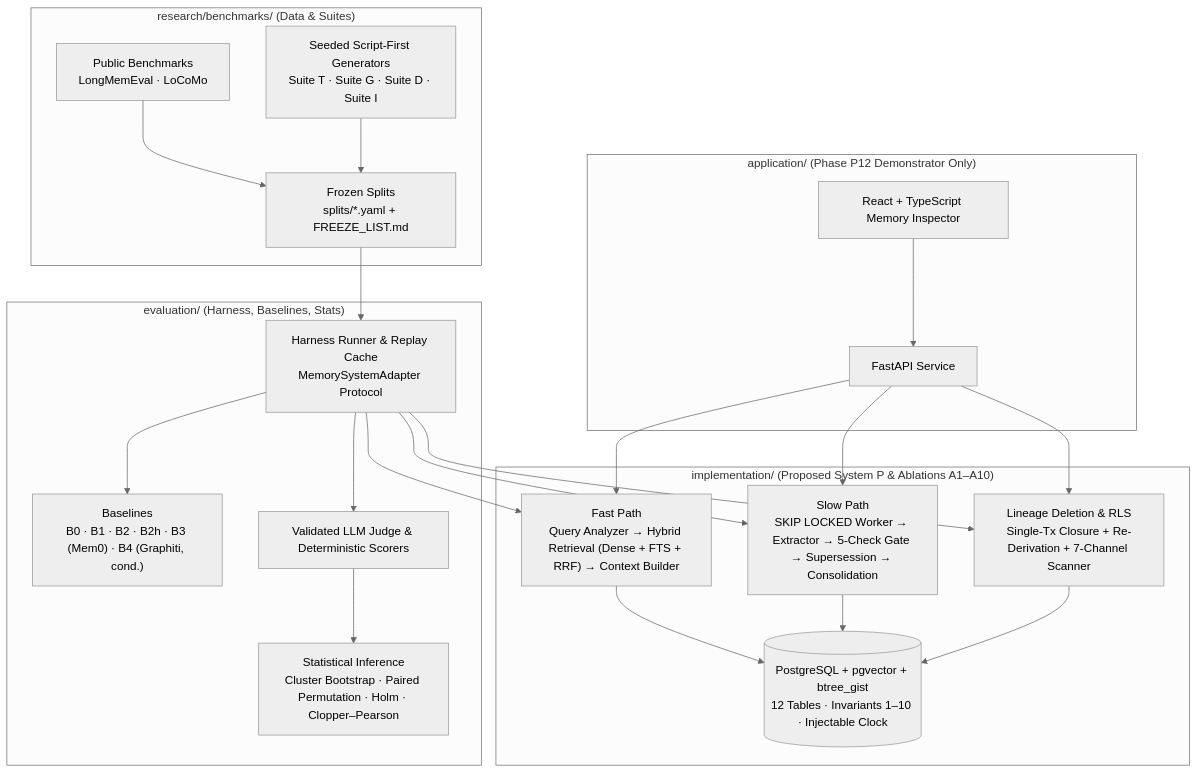
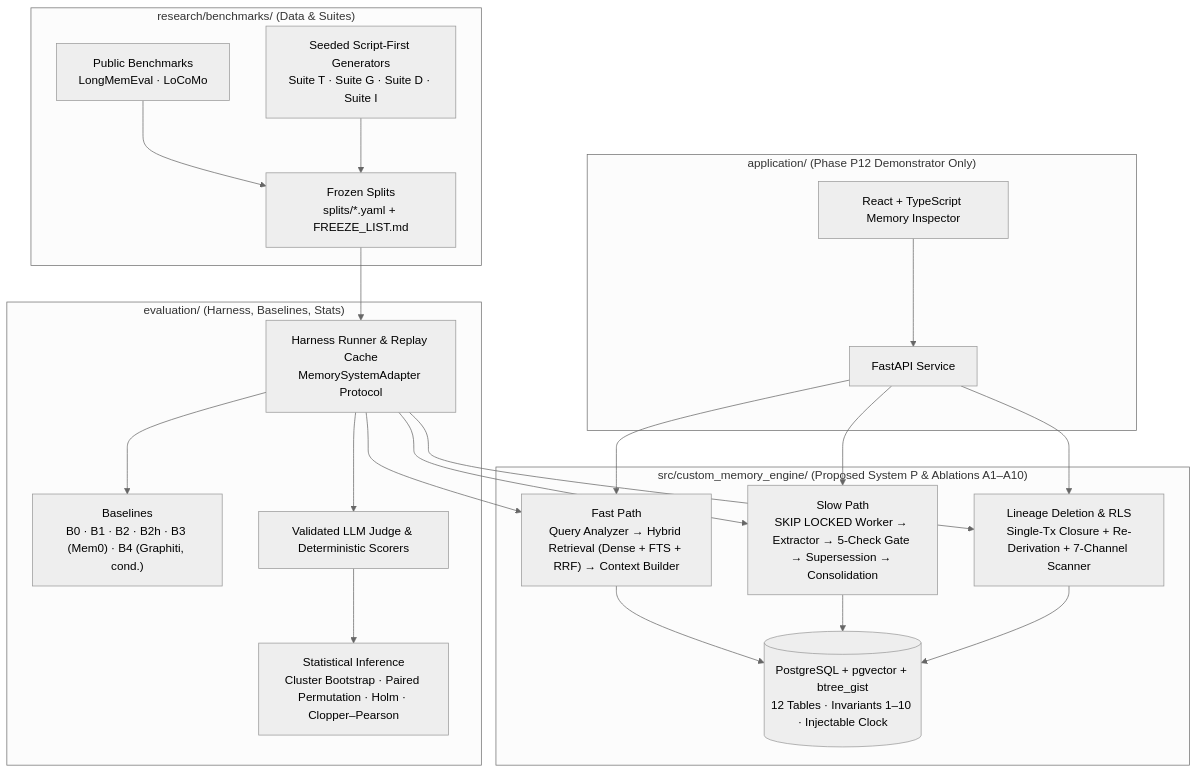
The diagram in custom-memory-engine/PLAN/ARCHITECTURE.md (eMinders/ChronaMind), drawn with Mermaid (neutral theme) before and after one commit. The commit also changed other lines of this file and 108 other files, not shown here.

````diff
--- a/custom-memory-engine/PLAN/ARCHITECTURE.md
+++ b/custom-memory-engine/PLAN/ARCHITECTURE.md
@@ -15,44 +15,44 @@
 ```mermaid
 flowchart TB
     subgraph BENCH["research/benchmarks/ (Data & Suites)"]
         PUB["Public Benchmarks<br/>LongMemEval · LoCoMo"]
         OWN["Seeded Script-First Generators<br/>Suite T · Suite G · Suite D · Suite I"]
         SPL["Frozen Splits<br/>splits/*.yaml + FREEZE_LIST.md"]
     end
 
     subgraph EVAL["evaluation/ (Harness, Baselines, Stats)"]
         HAR["Harness Runner & Replay Cache<br/>MemorySystemAdapter Protocol"]
         BAS["Baselines<br/>B0 · B1 · B2 · B2h · B3 (Mem0) · B4 (Graphiti, cond.)"]
         JDG["Validated LLM Judge & Deterministic Scorers"]
         STA["Statistical Inference<br/>Cluster Bootstrap · Paired Permutation · Holm · Clopper–Pearson"]
     end
 
-    subgraph IMPL["implementation/ (Proposed System P & Ablations A1–A10)"]
+    subgraph IMPL["src/custom_memory_engine/ (Proposed System P & Ablations A1–A10)"]
         FAST["Fast Path<br/>Query Analyzer → Hybrid Retrieval (Dense + FTS + RRF) → Context Builder"]
         SLOW["Slow Path<br/>SKIP LOCKED Worker → Extractor → 5-Check Gate → Supersession → Consolidation"]
         DEL["Lineage Deletion & RLS<br/>Single-Tx Closure + Re-Derivation + 7-Channel Scanner"]
         DB[("PostgreSQL + pgvector + btree_gist<br/>12 Tables · Invariants 1–10 · Injectable Clock")]
     end
 
     subgraph APP["application/ (Phase P12 Demonstrator Only)"]
         API["FastAPI Service"]
         UI["React + TypeScript Memory Inspector"]
     end
 
     PUB --> SPL
     OWN --> SPL
     SPL --> HAR
     HAR --> BAS
     HAR --> FAST
     HAR --> SLOW
     HAR --> DEL
     FAST --> DB
     SLOW --> DB
     DEL --> DB
     HAR --> JDG
     JDG --> STA
     UI --> API
     API --> FAST
     API --> SLOW
     API --> DEL
 ```
````
